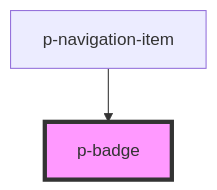
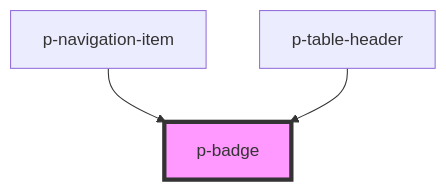
Before and after one commit to Employes/Paperless: the diagram in packages/core/src/components/atoms/badge/readme.md, drawn with Mermaid. The commit also changed other lines of this file and 15 other files, not shown here.

````diff
--- a/packages/core/src/components/atoms/badge/readme.md
+++ b/packages/core/src/components/atoms/badge/readme.md
@@ -19,5 +20,6 @@
 ```mermaid
 graph TD;
   p-navigation-item --> p-badge
+  p-table-header --> p-badge
   style p-badge fill:#f9f,stroke:#333,stroke-width:4px
 ```
````
